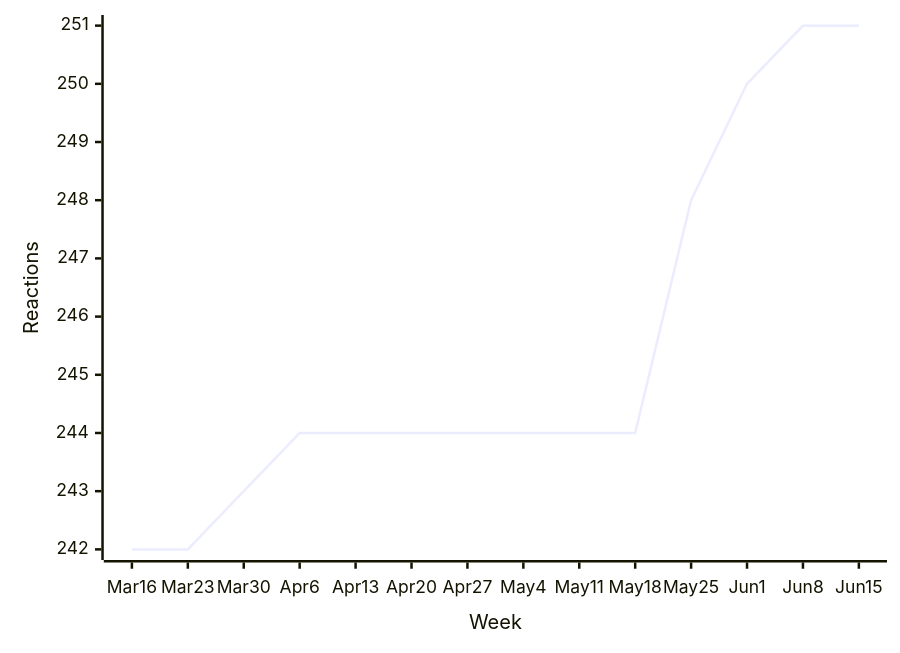
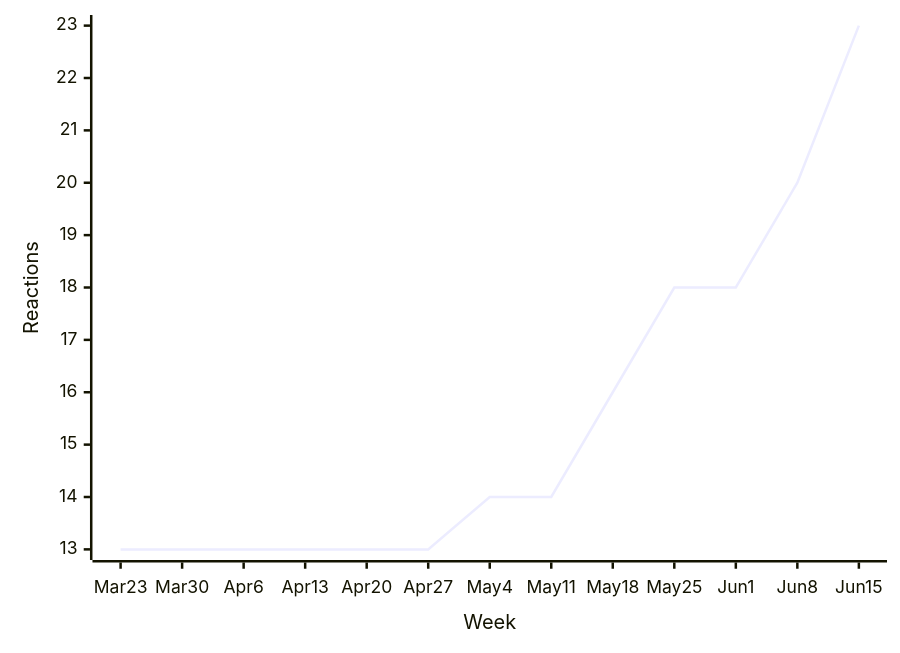
Diagram 16 of 49 in README.md (loic-sharma/github-insights), drawn with Mermaid before and after one commit. The commit also changed other lines of this file and 3 other files, not shown here.

````diff
--- a/README.md
+++ b/README.md
@@ -594,6 +594,6 @@
   ```mermaid
   xychart-beta
-    x-axis "Week" [Mar 16, Mar 23, Mar 30, Apr 6, Apr 13, Apr 20, Apr 27, May 4, May 11, May 18, May 25, Jun 1, Jun 8, Jun 15]
+    x-axis "Week" [Mar 23, Mar 30, Apr 6, Apr 13, Apr 20, Apr 27, May 4, May 11, May 18, May 25, Jun 1, Jun 8, Jun 15]
     y-axis "Reactions"
-    line [242, 242, 243, 244, 244, 244, 244, 244, 244, 244, 248, 250, 251, 251]
+    line [13, 13, 13, 13, 13, 13, 14, 14, 16, 18, 18, 20, 23]
   ```
````
